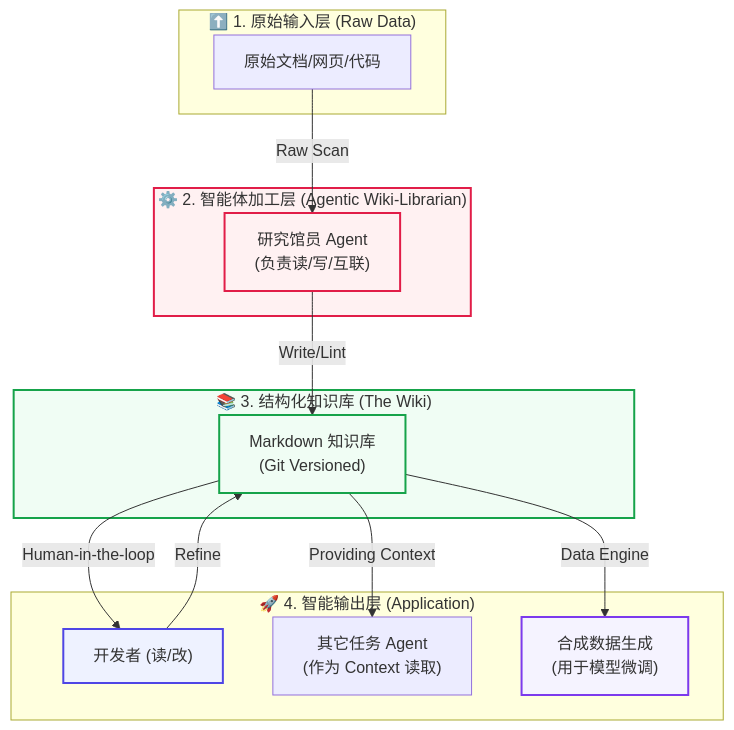
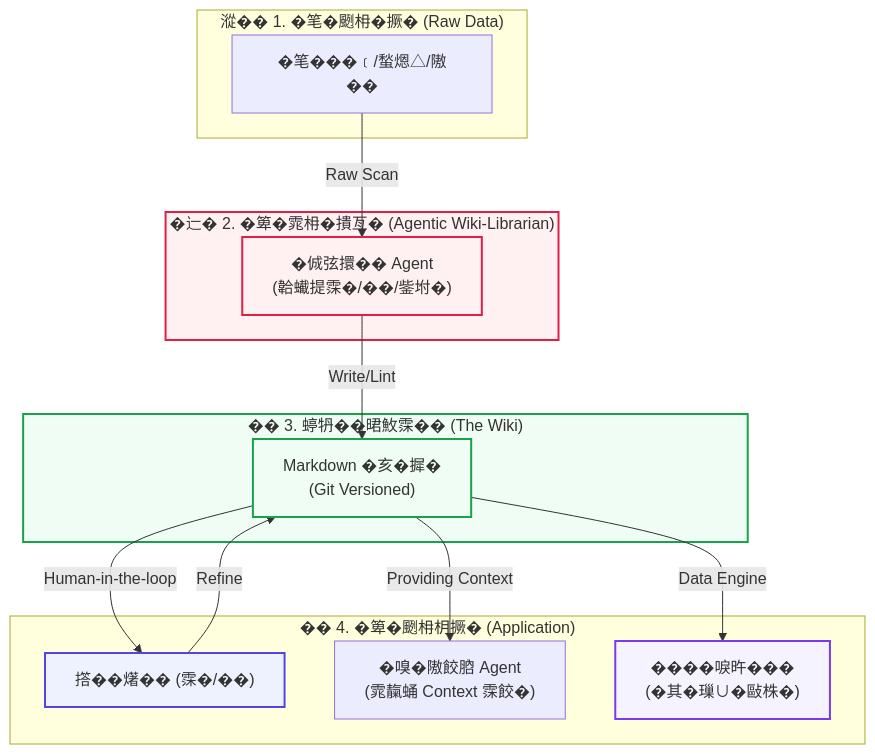
One commit to wangchong2023/lang-chain-graph changed diagram 13 of 16 in doc/AI_Knowledge_Roadmap.md. Above: the diagram before and after it, drawn with Mermaid. The commit also changed other lines of this file, not shown here.

Commit message:
docs: update AI knowledge roadmap with new learning milestones

````diff
--- a/doc/AI_Knowledge_Roadmap.md
+++ b/doc/AI_Knowledge_Roadmap.md
@@ -1067,35 +1088,35 @@
     ```mermaid
     graph TD
-        subgraph RawInput ["⬆️ 1. 原始输入层 (Raw Data)"]
-            Docs["原始文档/网页/代码"]
+        subgraph RawInput ["漎�� 1. �笔�颲枏�撅� (Raw Data)"]
+            Docs["�笔���﹝/蝵煾△/隞��"]
         end
     
-        subgraph LibrarianLayer ["⚙️ 2. 智能体加工层 (Agentic Wiki-Librarian)"]
-            Librarian["研究馆员 Agent<br>(负责读/写/互联)"]
+        subgraph LibrarianLayer ["�辷� 2. �箄�雿枏�撌亙� (Agentic Wiki-Librarian)"]
+            Librarian["�𠉛弦擐�� Agent<br>(韐蠘提霂�/��/鈭坿�)"]
         end
     
-        subgraph WikiLayer ["📚 3. 结构化知识库 (The Wiki)"]
-            Wiki["Markdown 知识库<br>(Git Versioned)"]
+        subgraph WikiLayer ["�� 3. 蝏𤘪��𣇉䰻霂�� (The Wiki)"]
+            Wiki["Markdown �亥�摨�<br>(Git Versioned)"]
         end
     
-        subgraph OutputLayer ["🚀 4. 智能输出层 (Application)"]
-            Dev["开发者 (读/改)"]
-            OtherAgents["其它任务 Agent<br>(作为 Context 读取)"]
-            SFT["合成数据生成<br>(用于模型微调)"]
+        subgraph OutputLayer ["�� 4. �箄�颲枏枂撅� (Application)"]
+            Dev["撘��𤏸�� (霂�/��)"]
+            OtherAgents["�嗅�隞餃𦛚 Agent<br>(雿靝蛹 Context 霂餃�)"]
+            SFT["����唳旿���<br>(�其�璅∪�敺株�)"]
         end
     
         Docs -->|Raw Scan| Librarian
         Librarian -->|Write/Lint| Wiki
         Wiki -->|Human-in-the-loop| Dev
         Dev -->|Refine| Wiki
         Wiki -->|Providing Context| OtherAgents
         Wiki -->|Data Engine| SFT
     
-        %% 样式美化
+        %% �瑕�蝢𤾸�
         style Librarian fill:#fff1f2,stroke:#e11d48,stroke-width:2px
         style Wiki fill:#f0fdf4,stroke:#16a34a,stroke-width:2px
         style Dev fill:#eef2ff,stroke:#4f46e5,stroke-width:2px
         style SFT fill:#f5f3ff,stroke:#7c3aed,stroke-width:2px
         style LibrarianLayer fill:#fff1f2,stroke:#e11d48,stroke-width:2px
         style WikiLayer fill:#f0fdf4,stroke:#16a34a,stroke-width:2px
     ```
````
